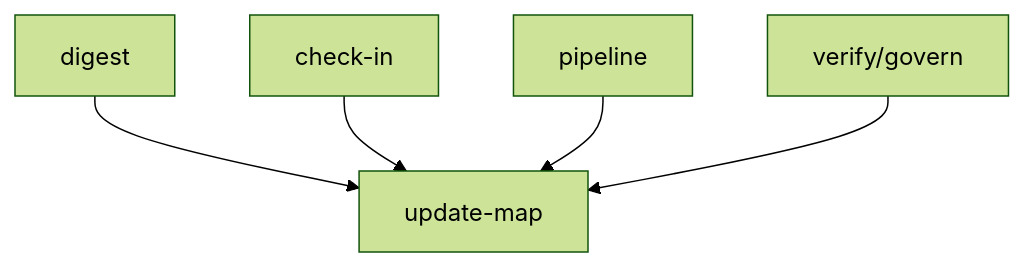
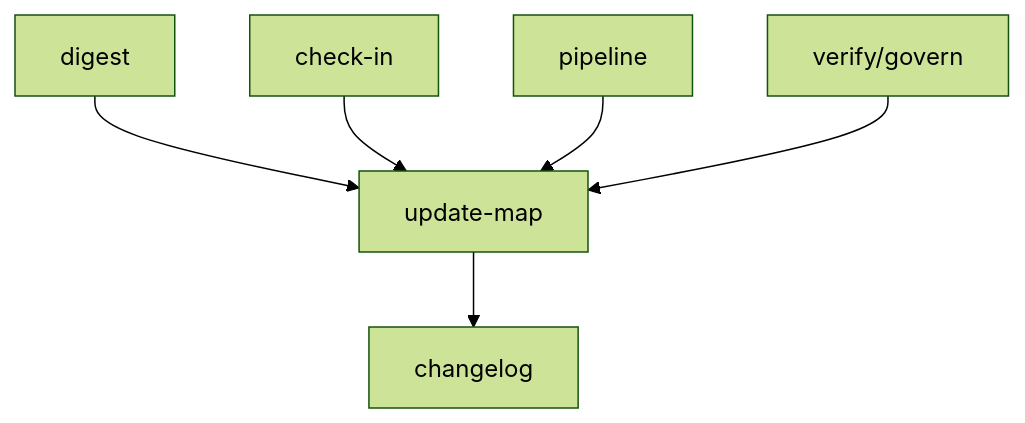
Before and after one commit to CryptoLinxu/Web3-AI-Agent: the eighth of 8 diagrams in .qoder/repowiki/zh/content/辅助技能详解/地图更新技能 (Update-Map).md, drawn with Mermaid (forest theme). The commit also changed other lines of this file and 10 other files, not shown here.

````diff
--- a/.qoder/repowiki/zh/content/辅助技能详解/地图更新技能 (Update-Map).md
+++ b/.qoder/repowiki/zh/content/辅助技能详解/地图更新技能 (Update-Map).md
@@ -293,12 +342,14 @@
 ```mermaid
 graph TB
 UpdateMap["update-map"]
 Digest["digest"]
 CheckIn["check-in"]
 Pipeline["pipeline"]
 Verify["verify/govern"]
+Changelog["changelog"]
 Digest --> UpdateMap
 CheckIn --> UpdateMap
 Pipeline --> UpdateMap
 Verify --> UpdateMap
+UpdateMap --> Changelog
 ```
````
